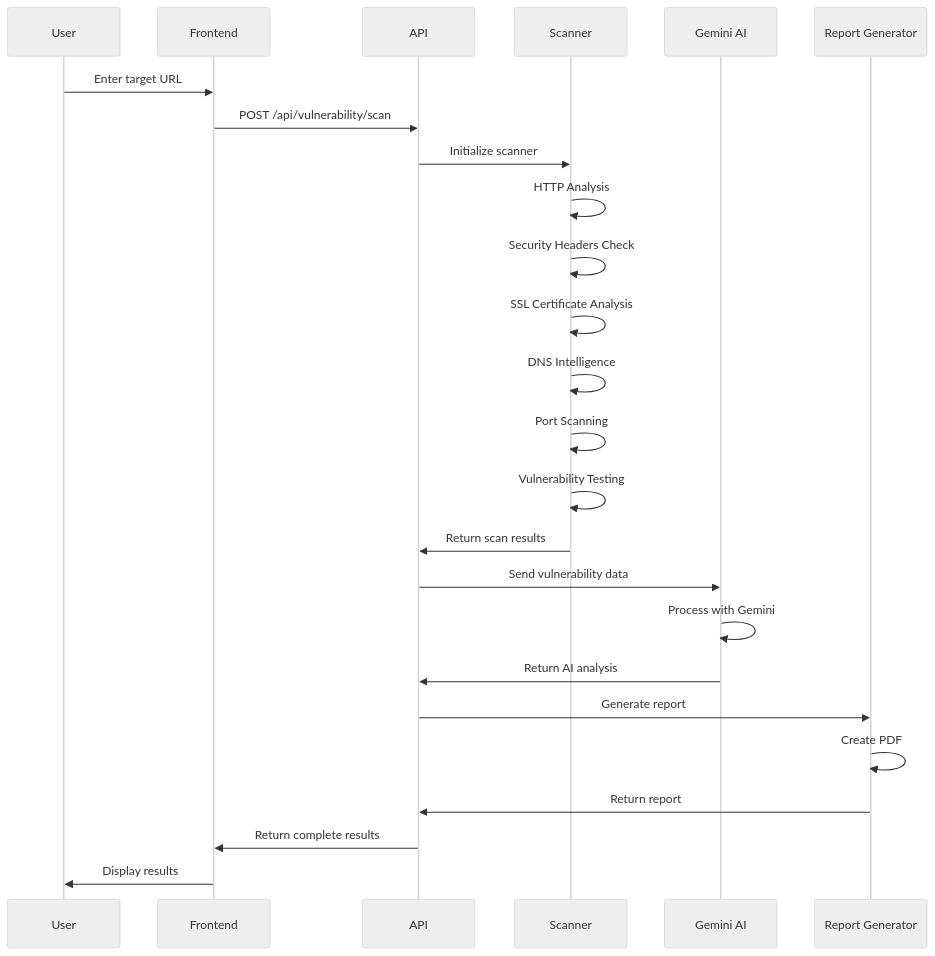
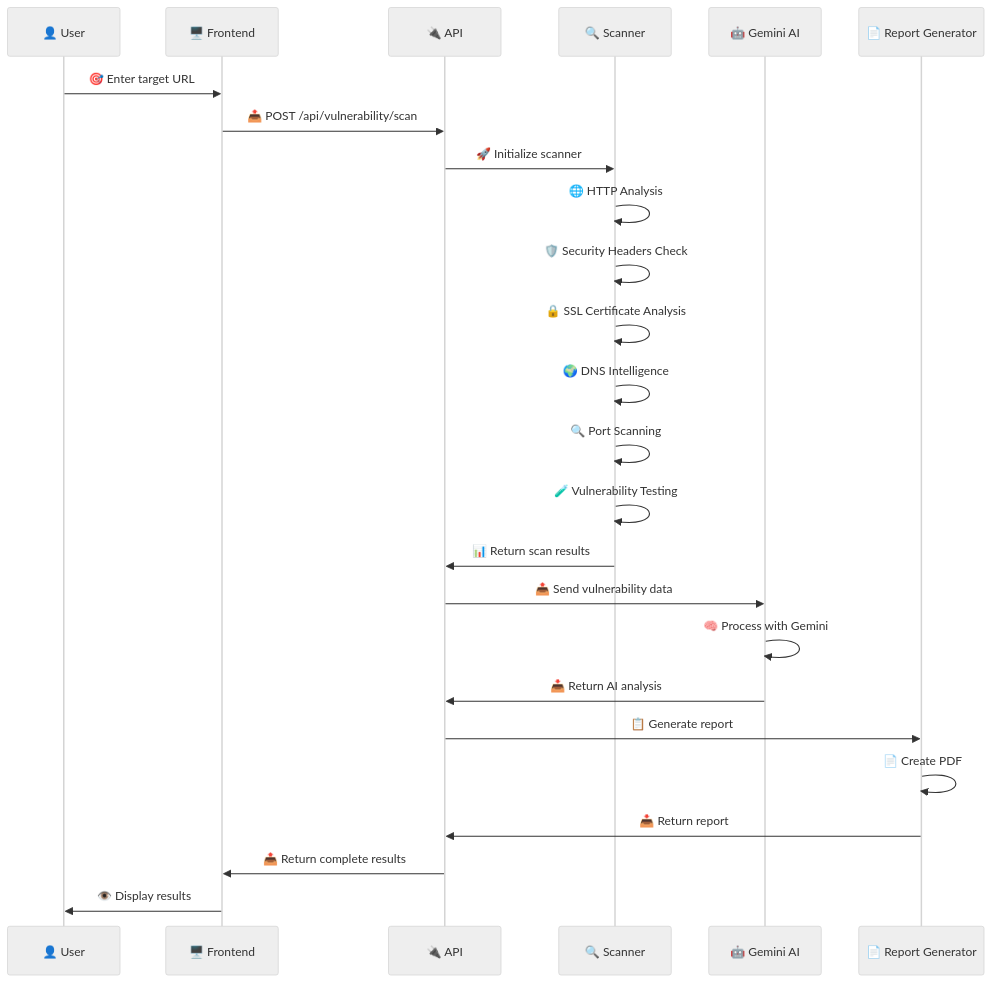
Before and after one commit to Hassan-asim/Cyber-Sage: the seventh of 8 diagrams in README.md, drawn with Mermaid (neutral theme). The commit also changed other lines of this file, not shown here.

Commit message:
Enhance Mermaid diagrams: Add professional styling, emojis, colors, and improved visual design

````diff
--- a/README.md
+++ b/README.md
@@ -321,28 +417,28 @@
 ```mermaid
 sequenceDiagram
-    participant U as User
-    participant F as Frontend
-    participant A as API
-    participant S as Scanner
-    participant AI as Gemini AI
-    participant R as Report Generator
+    participant U as 👤 User
+    participant F as 🖥️ Frontend
+    participant A as 🔌 API
+    participant S as 🔍 Scanner
+    participant AI as 🤖 Gemini AI
+    participant R as 📄 Report Generator
     
-    U->>F: Enter target URL
-    F->>A: POST /api/vulnerability/scan
-    A->>S: Initialize scanner
-    S->>S: HTTP Analysis
-    S->>S: Security Headers Check
-    S->>S: SSL Certificate Analysis
-    S->>S: DNS Intelligence
-    S->>S: Port Scanning
-    S->>S: Vulnerability Testing
-    S->>A: Return scan results
-    A->>AI: Send vulnerability data
-    AI->>AI: Process with Gemini
-    AI->>A: Return AI analysis
-    A->>R: Generate report
-    R->>R: Create PDF
-    R->>A: Return report
-    A->>F: Return complete results
-    F->>U: Display results
+    U->>F: 🎯 Enter target URL
+    F->>A: 📤 POST /api/vulnerability/scan
+    A->>S: 🚀 Initialize scanner
+    S->>S: 🌐 HTTP Analysis
+    S->>S: 🛡️ Security Headers Check
+    S->>S: 🔒 SSL Certificate Analysis
+    S->>S: 🌍 DNS Intelligence
+    S->>S: 🔍 Port Scanning
+    S->>S: 🧪 Vulnerability Testing
+    S->>A: 📊 Return scan results
+    A->>AI: 📤 Send vulnerability data
+    AI->>AI: 🧠 Process with Gemini
+    AI->>A: 📥 Return AI analysis
+    A->>R: 📋 Generate report
+    R->>R: 📄 Create PDF
+    R->>A: 📥 Return report
+    A->>F: 📤 Return complete results
+    F->>U: 👁️ Display results
 ```
````
